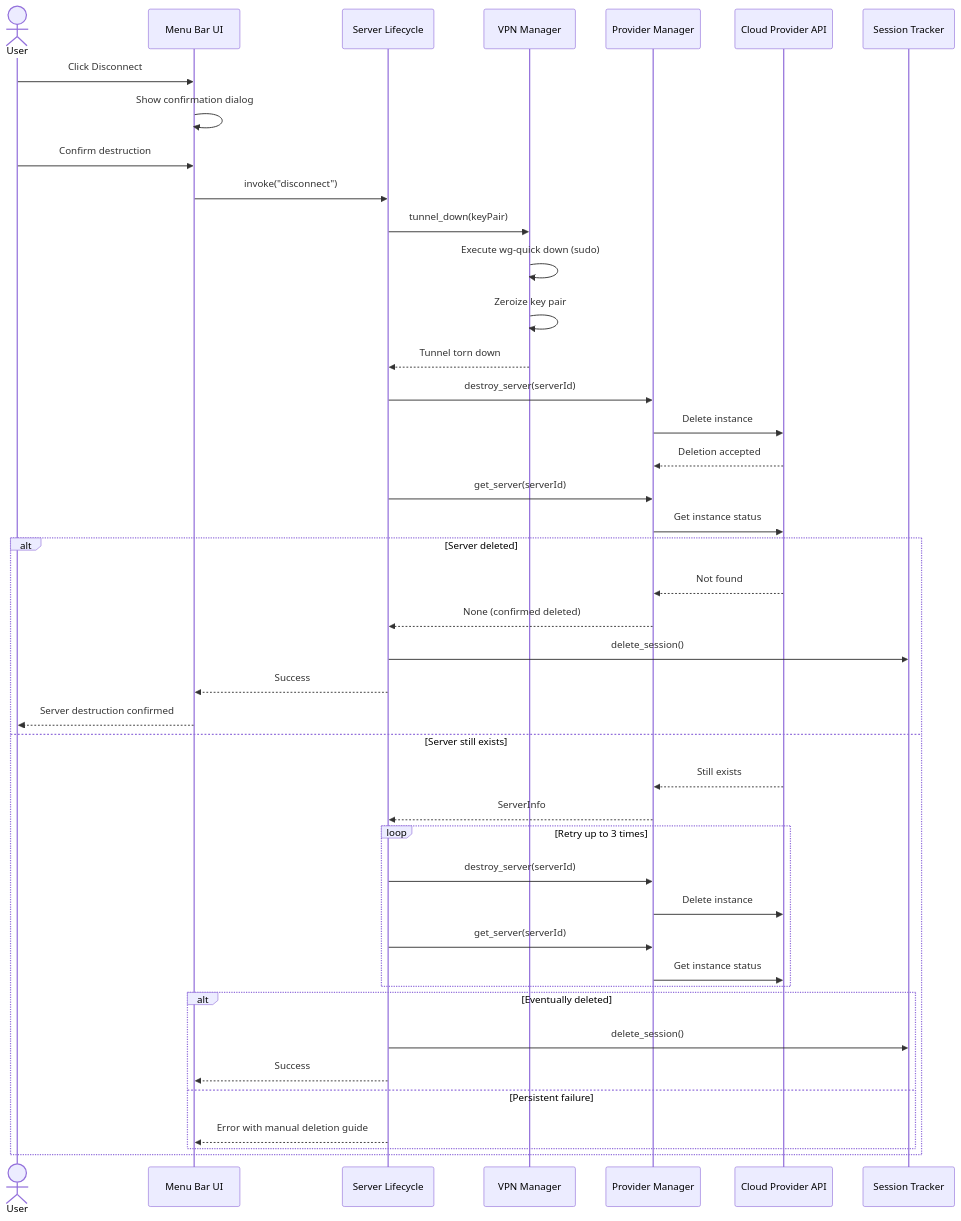
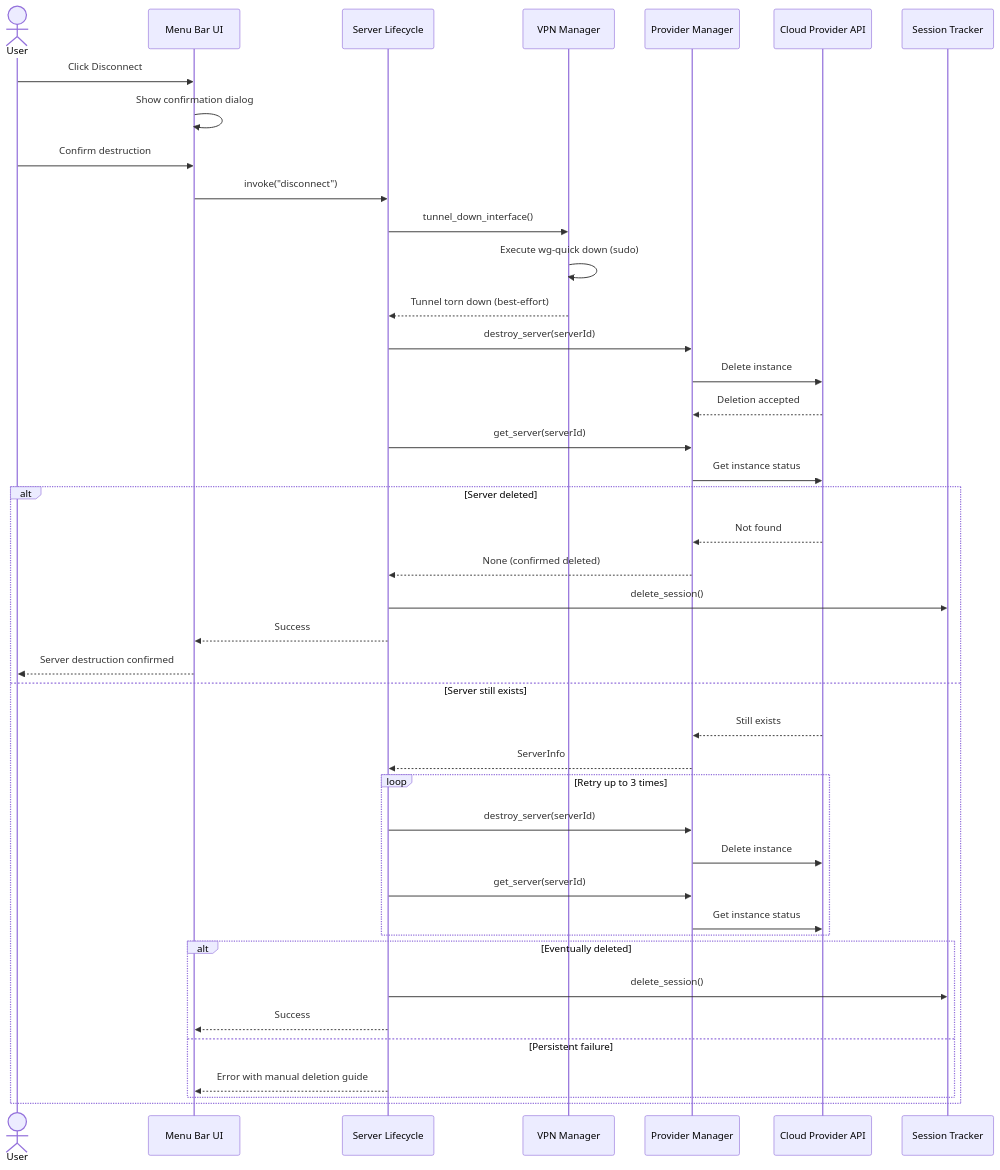
The second of 4 diagrams in docs/api-design/2026-03-04-1726-api-design.md (saemanas/oh-my-vpn), drawn with Mermaid before and after one commit. The commit also changed other lines of this file and 8 other files, not shown here.

First line of the commit message:
feat(server-lifecycle): add disconnect flow with retry and verification (#52)

````diff
--- a/docs/api-design/2026-03-04-1726-api-design.md
+++ b/docs/api-design/2026-03-04-1726-api-design.md
@@ -683,53 +682,52 @@
 ```mermaid
 sequenceDiagram
     actor User
     participant UI as Menu Bar UI
     participant SL as Server Lifecycle
     participant VM as VPN Manager
     participant PM as Provider Manager
     participant Cloud as Cloud Provider API
     participant ST as Session Tracker
 
     User->>UI: Click Disconnect
     UI->>UI: Show confirmation dialog
     User->>UI: Confirm destruction
 
     UI->>SL: invoke("disconnect")
 
-    SL->>VM: tunnel_down(keyPair)
+    SL->>VM: tunnel_down_interface()
     VM->>VM: Execute wg-quick down (sudo)
-    VM->>VM: Zeroize key pair
-    VM-->>SL: Tunnel torn down
+    VM-->>SL: Tunnel torn down (best-effort)
 
     SL->>PM: destroy_server(serverId)
     PM->>Cloud: Delete instance
     Cloud-->>PM: Deletion accepted
 
     SL->>PM: get_server(serverId)
     PM->>Cloud: Get instance status
 
     alt Server deleted
         Cloud-->>PM: Not found
         PM-->>SL: None (confirmed deleted)
         SL->>ST: delete_session()
         SL-->>UI: Success
         UI-->>User: Server destruction confirmed
     else Server still exists
         Cloud-->>PM: Still exists
         PM-->>SL: ServerInfo
 
         loop Retry up to 3 times
             SL->>PM: destroy_server(serverId)
             PM->>Cloud: Delete instance
             SL->>PM: get_server(serverId)
             PM->>Cloud: Get instance status
         end
 
         alt Eventually deleted
             SL->>ST: delete_session()
             SL-->>UI: Success
         else Persistent failure
             SL-->>UI: Error with manual deletion guide
         end
     end
 ```
````
